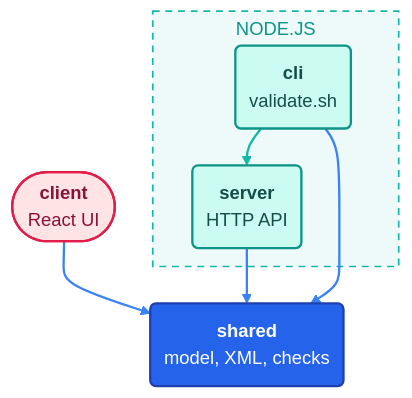
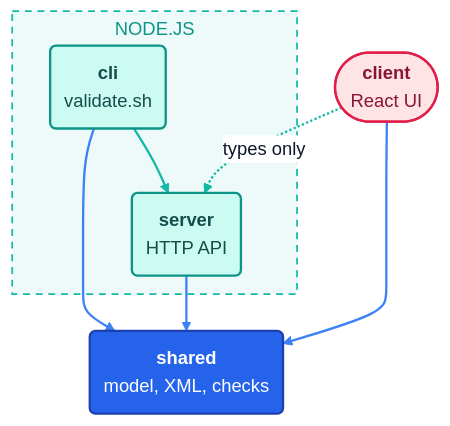
One commit to kineticsystem/stepit-editor changed the diagram in docs/diagrams/packages.mmd. Above: the diagram before and after it, drawn with Mermaid. The commit also changed 5 other files, not shown here.

First line of the commit message:
Check the architecture document again and refresh the review

```diff
--- a/docs/diagrams/packages.mmd
+++ b/docs/diagrams/packages.mmd
@@ -1,79 +1,80 @@
 ---
 config:
   theme: base
   fontFamily: "Arial, Helvetica, sans-serif"
   flowchart:
     curve: basis
     padding: 12
     nodeSpacing: 46
     rankSpacing: 32
     subGraphTitleMargin:
       top: 4
       bottom: 10
   class:
     padding: 10
   themeVariables:
     lineColor: "#94a3b8"
     textColor: "#64748b"
     primaryColor: "#f1f5f9"
     primaryBorderColor: "#64748b"
     primaryTextColor: "#0f172a"
     secondaryColor: "#f1f5f9"
     secondaryBorderColor: "#64748b"
     secondaryTextColor: "#0f172a"
     tertiaryColor: "#f1f5f9"
     tertiaryBorderColor: "#64748b"
     tertiaryTextColor: "#0f172a"
     mainBkg: "#f1f5f9"
     nodeBorder: "#64748b"
     nodeTextColor: "#0f172a"
     classText: "#0f172a"
     clusterBkg: "transparent"
     clusterBorder: "#94a3b8"
     titleColor: "#64748b"
     edgeLabelBackground: "#ffffff"
   themeCSS: >
     svg, .label, .nodeLabel, .edgeLabel, foreignObject div { font-family: Arial, Helvetica, sans-serif; }
     .node rect, .node polygon, .node path {
       filter: drop-shadow(0 3px 6px rgba(15, 23, 42, 0.18));
     }
     .node rect { rx: 14px; ry: 14px; }
     .cluster rect { rx: 18px; ry: 18px; }
     .edgeLabel, .edgeLabel p, .edgeLabel span {
       background: #ffffff; color: #475569; border-radius: 999px;
     }
     .edgeLabel p { padding: 3px 10px; }
     .labelBkg { background: transparent !important; fill: none !important; }
 ---
 flowchart TB
     client(["<b>client</b><br/>React UI"])
 
     subgraph Node["NODE.JS"]
         cli("<b>cli</b><br/>validate.sh")
         server("<b>server</b><br/>HTTP API")
     end
 
     shared("<b>shared</b><br/>model, XML, checks")
 
     client --> shared
     server --> shared
     cli --> shared
     cli --> server
+    client -. "types only" .-> server
 
     classDef human fill:#ffe4e6,stroke:#e11d48,stroke-width:2px,color:#881337
     classDef voice fill:#ccfbf1,stroke:#0d9488,stroke-width:2px,color:#134e4a
     classDef mind  fill:#ede9fe,stroke:#7c3aed,stroke-width:2px,color:#4c1d95
     classDef brain fill:#7c3aed,stroke:#5b21b6,stroke-width:2px,color:#ffffff
     classDef robot fill:#fef3c7,stroke:#d97706,stroke-width:2px,color:#78350f
     classDef data  fill:#dbeafe,stroke:#2563eb,stroke-width:2px,color:#1e3a8a
     classDef truth fill:#2563eb,stroke:#1e40af,stroke-width:2px,color:#ffffff
     classDef ext   fill:#f1f5f9,stroke:#64748b,stroke-width:2px,color:#0f172a
 
     class client human
     class server,cli voice
     class shared truth
 
     style Node fill:#14b8a612,stroke:#14b8a6,stroke-width:1.5px,stroke-dasharray:6 5,color:#0d9488
 
     linkStyle 0,1,2 stroke:#3b82f6,stroke-width:2px
-    linkStyle 3 stroke:#14b8a6,stroke-width:2px
+    linkStyle 3,4 stroke:#14b8a6,stroke-width:2px
```
